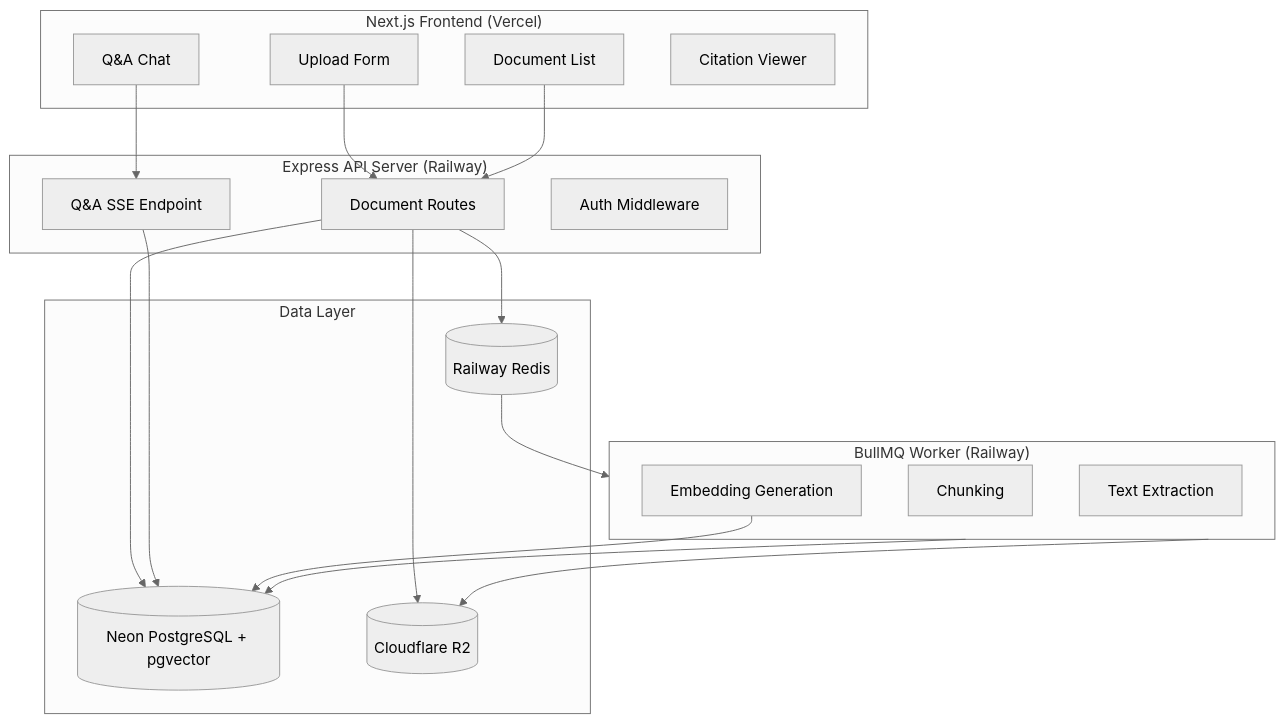
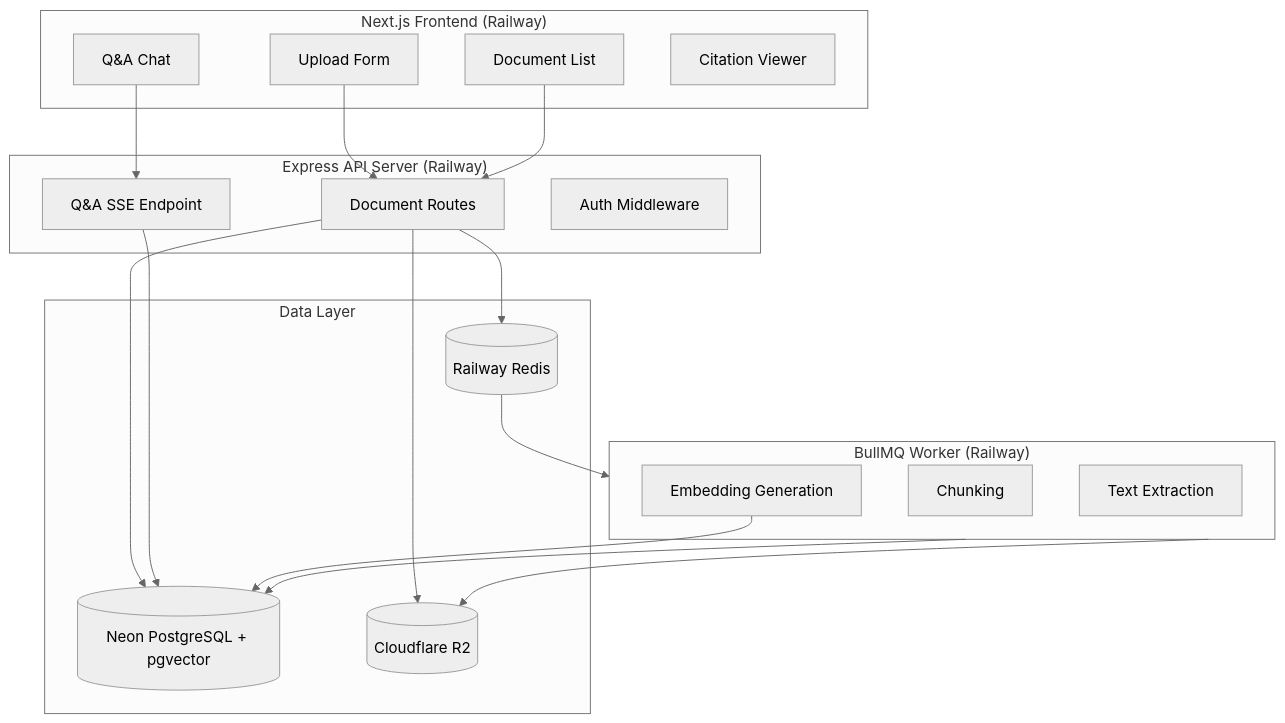
Before and after one commit to nullvoidundefined/policy-pilot: the first of 2 diagrams in docs/TECHNICAL_OVERVIEW.md, drawn with Mermaid (neutral theme). The commit also changed 8 other files, not shown here.

First line of the commit message:
chore: correct deploy platform to Railway and remove dead Vercel integration (#36)

````diff
--- a/docs/TECHNICAL_OVERVIEW.md
+++ b/docs/TECHNICAL_OVERVIEW.md
@@ -9,39 +9,39 @@
 ```mermaid
 flowchart TB
-    subgraph Frontend["Next.js Frontend (Vercel)"]
+    subgraph Frontend["Next.js Frontend (Railway)"]
         Upload[Upload Form]
         DocList[Document List]
         Chat[Q&A Chat]
         Citations[Citation Viewer]
     end
 
     subgraph API["Express API Server (Railway)"]
         DocRoutes[Document Routes]
         QARoute[Q&A SSE Endpoint]
         AuthMW[Auth Middleware]
     end
 
     subgraph Worker["BullMQ Worker (Railway)"]
         Extract[Text Extraction]
         Chunk[Chunking]
         Embed[Embedding Generation]
     end
 
     subgraph Storage["Data Layer"]
         Neon[(Neon PostgreSQL + pgvector)]
         R2[(Cloudflare R2)]
         Redis[(Railway Redis)]
     end
 
     Upload --> DocRoutes
     DocList --> DocRoutes
     Chat --> QARoute
     DocRoutes --> R2
     DocRoutes --> Neon
     DocRoutes --> Redis
     QARoute --> Neon
     Redis --> Worker
     Worker --> R2
     Worker --> Neon
     Embed --> Neon
 ```
````
